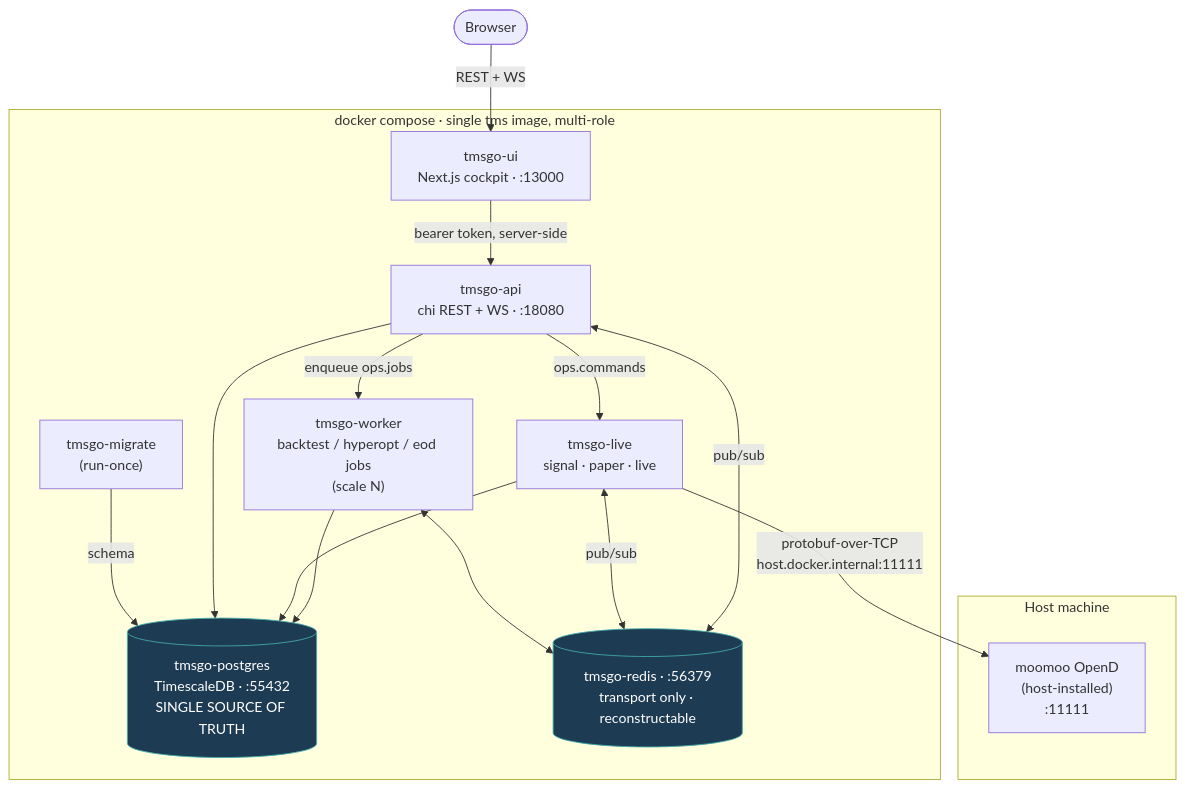
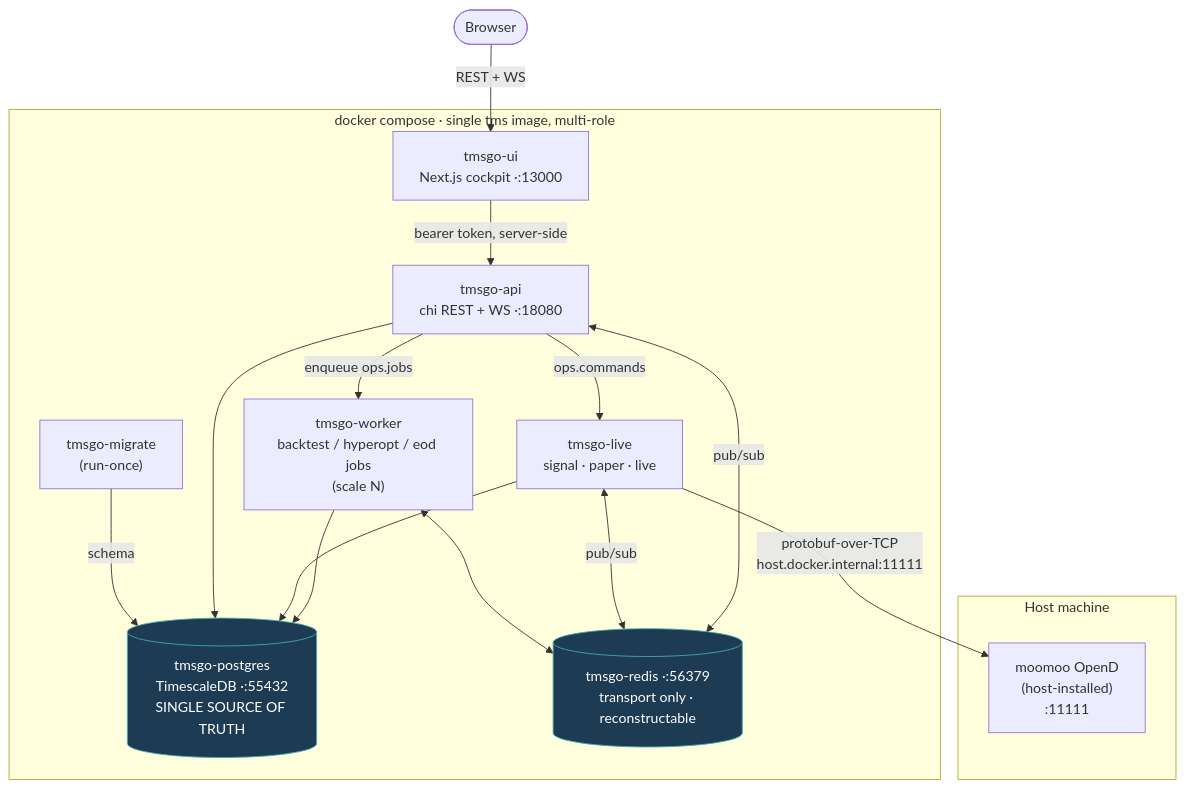
Before and after one commit to byjackchen/trade-tms-go: the first of 3 diagrams in docs/architecture.md, drawn with Mermaid. The commit also changed other lines of this file and 327 other files, not shown here.

````diff
--- a/docs/architecture.md
+++ b/docs/architecture.md
@@ -22,31 +21,31 @@
 ```mermaid
 flowchart TB
-    browser([Browser])
-    subgraph host["Host machine"]
-      opend["moomoo OpenD<br/>(host-installed)<br/>:11111"]
-    end
-    subgraph compose["docker compose · single tms image, multi-role"]
-      ui["tmsgo-ui<br/>Next.js cockpit · :13000"]
-      api["tmsgo-api<br/>chi REST + WS · :18080"]
-      worker["tmsgo-worker<br/>backtest / hyperopt / eod jobs<br/>(scale N)"]
-      live["tmsgo-live<br/>signal · paper · live"]
-      migrate["tmsgo-migrate<br/>(run-once)"]
-      pg[("tmsgo-postgres<br/>TimescaleDB · :55432<br/>SINGLE SOURCE OF TRUTH")]
-      redis[("tmsgo-redis · :56379<br/>transport only · reconstructable")]
-    end
-    browser -->|REST + WS| ui
-    ui -->|bearer token, server-side| api
-    api -->|enqueue ops.jobs| worker
-    api <-->|pub/sub| redis
-    api -->|ops.commands| live
-    worker --> pg
-    live --> pg
-    api --> pg
-    live <-->|pub/sub| redis
-    live -->|protobuf-over-TCP<br/>host.docker.internal:11111| opend
-    migrate -->|schema| pg
-    worker <--> redis
+ browser([Browser])
+ subgraph host["Host machine"]
+ opend["moomoo OpenD<br/>(host-installed)<br/>:11111"]
+ end
+ subgraph compose["docker compose · single tms image, multi-role"]
+ ui["tmsgo-ui<br/>Next.js cockpit ·:13000"]
+ api["tmsgo-api<br/>chi REST + WS ·:18080"]
+ worker["tmsgo-worker<br/>backtest / hyperopt / eod jobs<br/>(scale N)"]
+ live["tmsgo-live<br/>signal · paper · live"]
+ migrate["tmsgo-migrate<br/>(run-once)"]
+ pg[("tmsgo-postgres<br/>TimescaleDB ·:55432<br/>SINGLE SOURCE OF TRUTH")]
+ redis[("tmsgo-redis ·:56379<br/>transport only · reconstructable")]
+ end
+ browser -->|REST + WS| ui
+ ui -->|bearer token, server-side| api
+ api -->|enqueue ops.jobs| worker
+ api <-->|pub/sub| redis
+ api -->|ops.commands| live
+ worker --> pg
+ live --> pg
+ api --> pg
+ live <-->|pub/sub| redis
+ live -->|protobuf-over-TCP<br/>host.docker.internal:11111| opend
+ migrate -->|schema| pg
+ worker <--> redis
 
-    classDef db fill:#1d3b53,stroke:#4aa,color:#fff
-    class pg,redis db
+ classDef db fill:#1d3b53,stroke:#4aa,color:#fff
+ class pg,redis db
 ```
````
